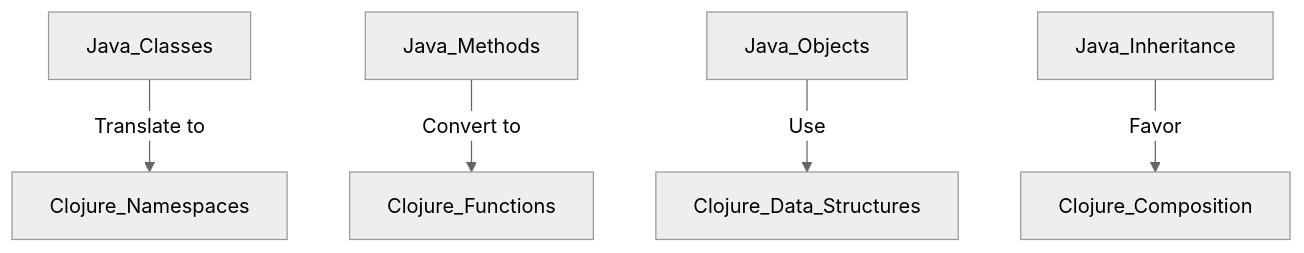
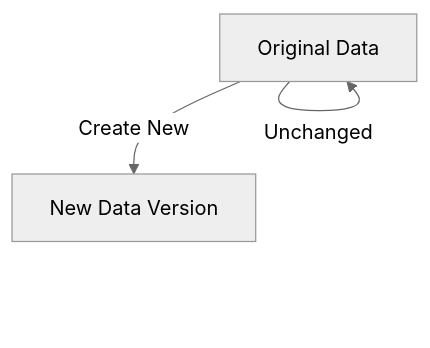
Before and after one commit to MasteryEducation/ClojureForJava.com: the second of 2 diagrams in content/3/18/1/index.md, drawn with Mermaid (neutral theme). The commit also changed other lines of this file and 74 other files, not shown here.

````diff
--- a/content/3/18/1/index.md
+++ b/content/3/18/1/index.md
@@ -93,7 +133,5 @@
 ```mermaid
 graph TD;
-    Java_Classes -->|Translate to| Clojure_Namespaces;
-    Java_Methods -->|Convert to| Clojure_Functions;
-    Java_Objects -->|Use| Clojure_Data_Structures;
-    Java_Inheritance -->|Favor| Clojure_Composition;
+    A[Original Data] -->|Create New| B[New Data Version];
+    A -->|Unchanged| A;
 ```
````
